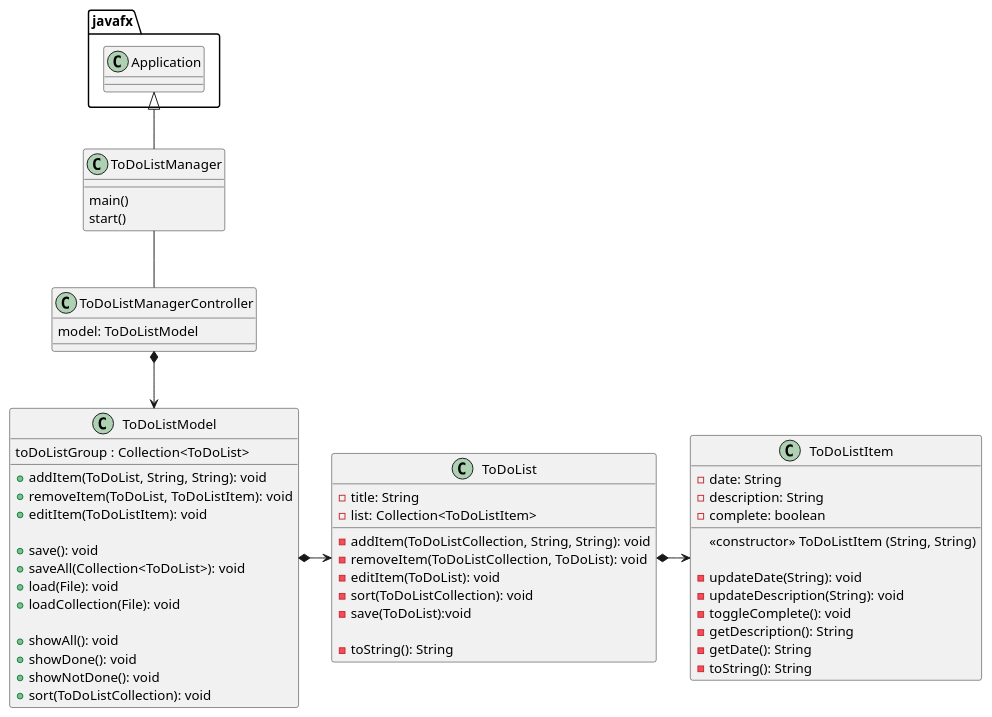
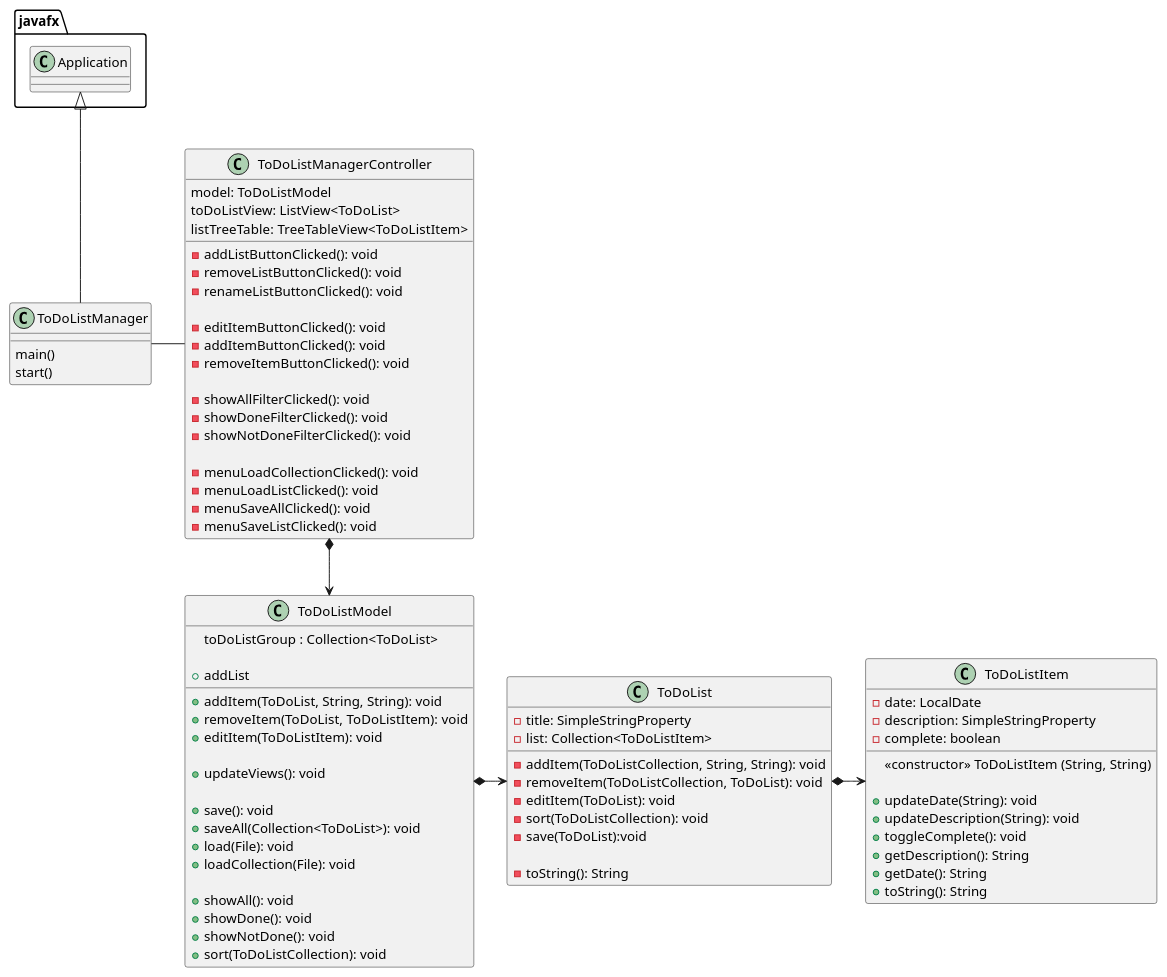
One commit to GSabiniPanini/little-cop3330-assignment4 changed the diagram in uml/ToDoListManager.puml. Above: the diagram before and after it, drawn with PlantUML. The commit also changed 11 other files, not shown here.

```diff
--- a/uml/ToDoListManager.puml
+++ b/uml/ToDoListManager.puml
@@ -1,65 +1,88 @@
 @startuml
 'https://plantuml.com/class-diagram'
 
 class ToDoListManager {
     main()
     start()
 }
 
 class ToDoListManagerController {
     model: ToDoListModel
+    toDoListView: ListView<ToDoList>
+    listTreeTable: TreeTableView<ToDoListItem>
+
+    - addListButtonClicked(): void
+    - removeListButtonClicked(): void
+    - renameListButtonClicked(): void
+
+    - editItemButtonClicked(): void
+    - addItemButtonClicked(): void
+    - removeItemButtonClicked(): void
+
+    - showAllFilterClicked(): void
+    - showDoneFilterClicked(): void
+    - showNotDoneFilterClicked(): void
+
+    - menuLoadCollectionClicked(): void
+    - menuLoadListClicked(): void
+    - menuSaveAllClicked(): void
+    - menuSaveListClicked(): void
 }
 
 class ToDoListModel {
     toDoListGroup : Collection<ToDoList>
 
+    + addList
+
     + addItem(ToDoList, String, String): void
     + removeItem(ToDoList, ToDoListItem): void
     + editItem(ToDoListItem): void
+
+    + updateViews(): void
 
     + save(): void
     + saveAll(Collection<ToDoList>): void
     + load(File): void
     + loadCollection(File): void
 
     + showAll(): void
     + showDone(): void
     + showNotDone(): void
     + sort(ToDoListCollection): void
 }
 
 class ToDoList {
-    - title: String
+    - title: SimpleStringProperty
     - list: Collection<ToDoListItem>
 
     - addItem(ToDoListCollection, String, String): void
     - removeItem(ToDoListCollection, ToDoList): void
     - editItem(ToDoList): void
     - sort(ToDoListCollection): void
     - save(ToDoList):void
 
     - toString(): String
 }
 
 class ToDoListItem {
-    - date: String
-    - description: String
+    - date: LocalDate
+    - description: SimpleStringProperty
     - complete: boolean
 
     <<constructor>> ToDoListItem (String, String)
 
-    - updateDate(String): void
-    - updateDescription(String): void
-    - toggleComplete(): void
-    - getDescription(): String
-    - getDate(): String
-    - toString(): String
+    + updateDate(String): void
+    + updateDescription(String): void
+    + toggleComplete(): void
+    + getDescription(): String
+    + getDate(): String
+    + toString(): String
 }
 
 javafx.Application <|-- ToDoListManager
-ToDoListManager -- ToDoListManagerController
+ToDoListManager - ToDoListManagerController
 ToDoListManagerController *--> ToDoListModel
 ToDoListModel *-> ToDoList
 ToDoList *-> ToDoListItem
 
 @enduml
```
